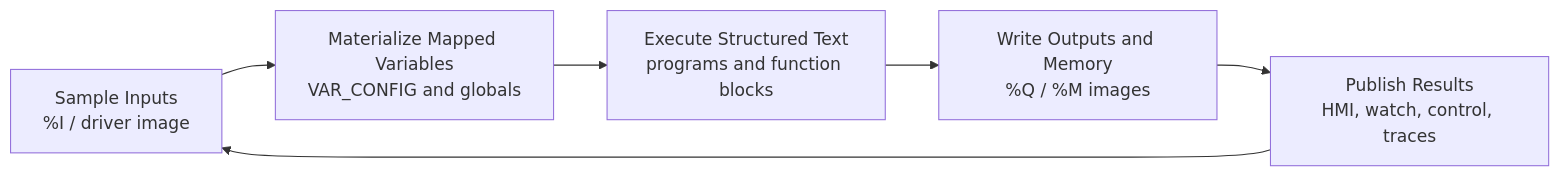
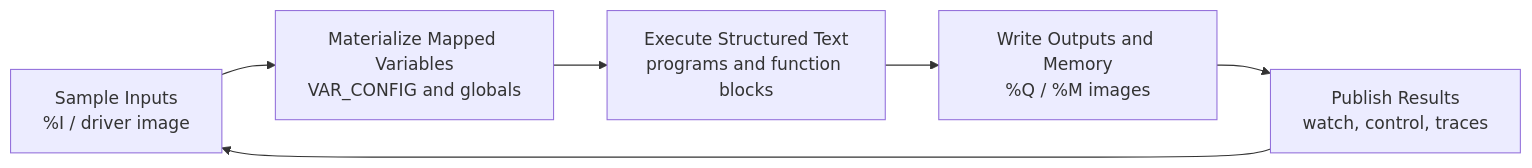
Before and after one commit to johannesPettersson80/trust-platform: the diagram in docs/public/concepts/scan-cycle.md, drawn with Mermaid. The commit also changed other lines of this file and 3070 other files, not shown here.

First line of the commit message:
HMI rebuild and Control Studio overhaul: baseline before moving logic to Rust

````diff
--- a/docs/public/concepts/scan-cycle.md
+++ b/docs/public/concepts/scan-cycle.md
@@ -13,8 +13,8 @@
 ```mermaid
 flowchart LR
     A[Sample Inputs<br/>%I / driver image] --> B[Materialize Mapped Variables<br/>VAR_CONFIG and globals]
     B --> C[Execute Structured Text<br/>programs and function blocks]
     C --> D[Write Outputs and Memory<br/>%Q / %M images]
-    D --> E[Publish Results<br/>HMI, watch, control, traces]
+    D --> E[Publish Results<br/>watch, control, traces]
     E --> A
 ```
````
